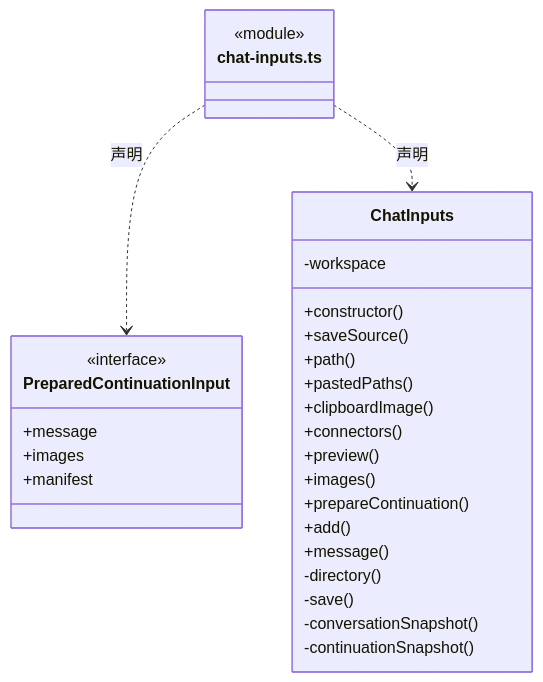
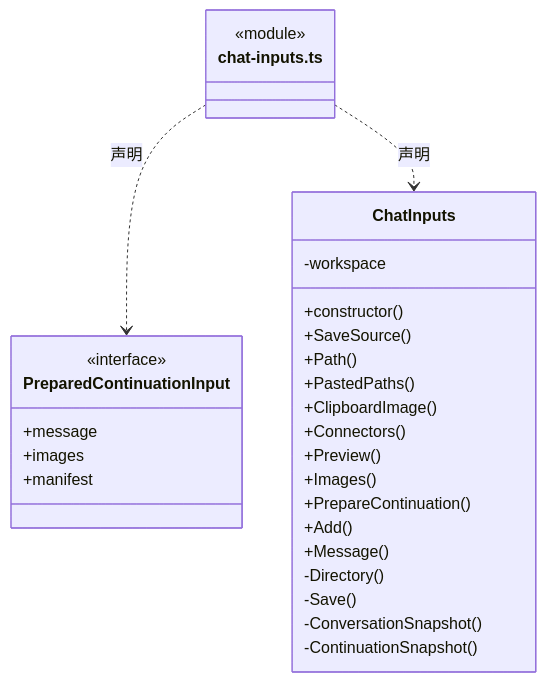
Before and after one commit to nan023062/cbim: the first of 5 diagrams in src/logic/materials/service/ARCHITECTURE.md, drawn with Mermaid. The commit also changed other lines of this file and 1035 other files, not shown here.

````diff
--- a/src/logic/materials/service/ARCHITECTURE.md
+++ b/src/logic/materials/service/ARCHITECTURE.md
@@ -25,32 +25,32 @@
 ```mermaid
 classDiagram
 class N_src_logic_materials_service_chat_inputs_ts["chat-inputs.ts"] {
   <<module>>
 }
 class N_src_logic_materials_service_chat_inputs_ts_PreparedContinuationInput["PreparedContinuationInput"] {
   <<interface>>
   +message
   +images
   +manifest
 }
 N_src_logic_materials_service_chat_inputs_ts ..> N_src_logic_materials_service_chat_inputs_ts_PreparedContinuationInput : 声明
 class N_src_logic_materials_service_chat_inputs_ts_ChatInputs["ChatInputs"] {
   +constructor()
-  +saveSource()
-  +path()
-  +pastedPaths()
-  +clipboardImage()
-  +connectors()
-  +preview()
-  +images()
-  +prepareContinuation()
-  +add()
-  +message()
+  +SaveSource()
+  +Path()
+  +PastedPaths()
+  +ClipboardImage()
+  +Connectors()
+  +Preview()
+  +Images()
+  +PrepareContinuation()
+  +Add()
+  +Message()
   -workspace
-  -directory()
-  -save()
-  -conversationSnapshot()
-  -continuationSnapshot()
+  -Directory()
+  -Save()
+  -ConversationSnapshot()
+  -ContinuationSnapshot()
 }
 N_src_logic_materials_service_chat_inputs_ts ..> N_src_logic_materials_service_chat_inputs_ts_ChatInputs : 声明
 ```
````
